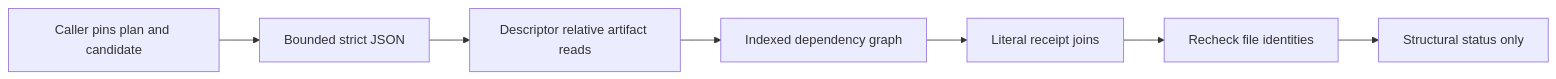
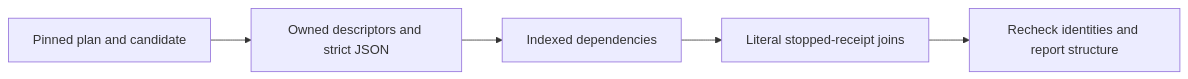
The diagram in docs/architecture/engineering-evidence.md (kmosoti/FabricO11y), drawn with Mermaid before and after one commit. The commit also changed other lines of this file and 13 other files, not shown here.

````diff
--- a/docs/architecture/engineering-evidence.md
+++ b/docs/architecture/engineering-evidence.md
@@ -8,9 +8,7 @@
 ```mermaid
 flowchart LR
-    Caller[Caller pins plan and candidate] --> Parse[Bounded strict JSON]
-    Parse --> Pins[Descriptor relative artifact reads]
-    Pins --> Graph[Indexed dependency graph]
-    Graph --> Join[Literal receipt joins]
-    Join --> Check[Recheck file identities]
-    Check --> Report[Structural status only]
+    Plan[Pinned plan and candidate] --> Files[Owned descriptors and strict JSON]
+    Files --> Graph[Indexed dependencies]
+    Graph --> Joins[Literal stopped-receipt joins]
+    Joins --> Recheck[Recheck identities and report structure]
 ```
````
